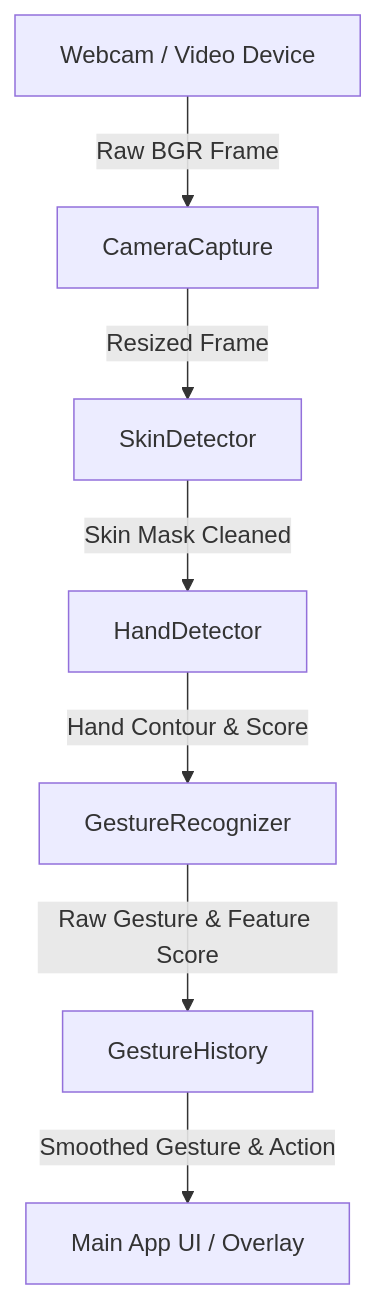
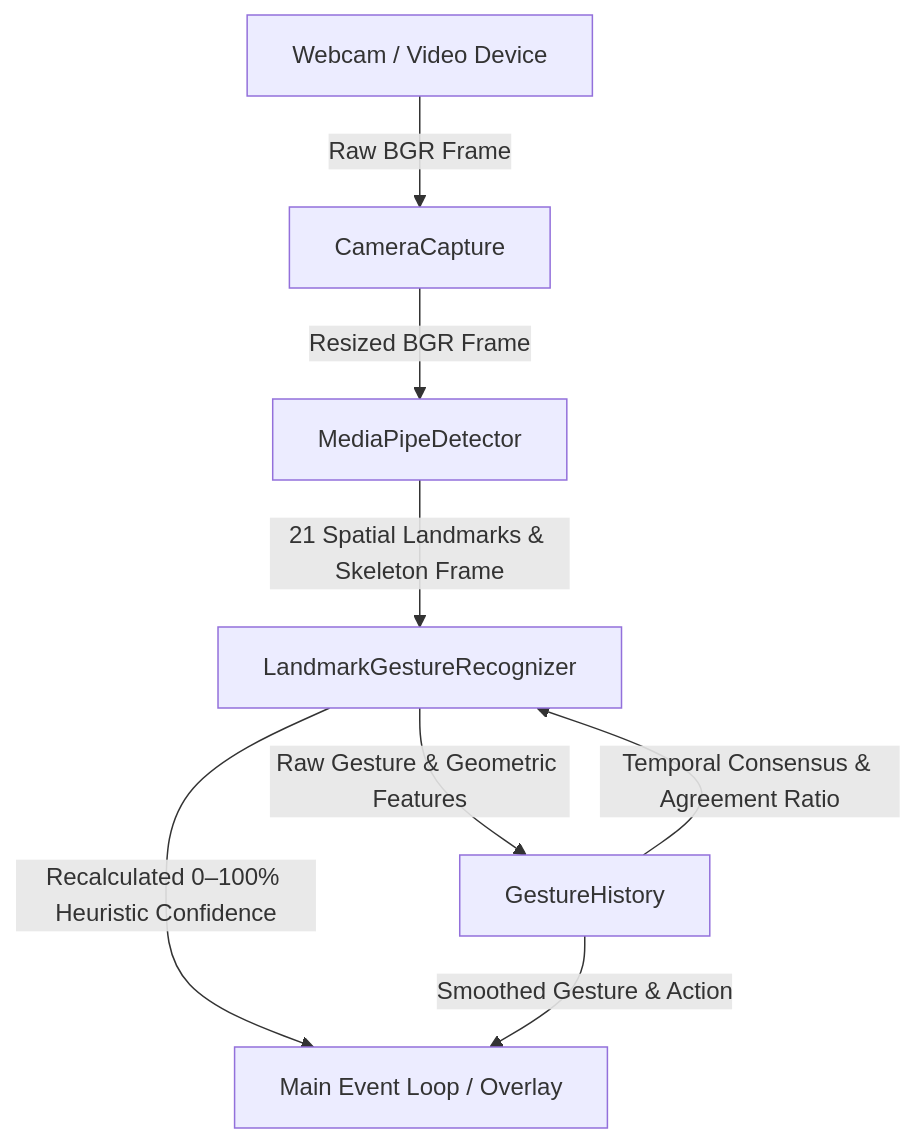
Before and after one commit to prajesh-tech/Hand-Gesture-Recog: the diagram in ARCHITECTURE.md, drawn with Mermaid. The commit also changed other lines of this file and 20 other files, not shown here.

First line of the commit message:
feat: transition HGR to MediaPipe 3D Landmark Tracking (Strategy 1)

````diff
--- a/ARCHITECTURE.md
+++ b/ARCHITECTURE.md
@@ -11,9 +11,10 @@
 ```mermaid
 graph TD
     A[Webcam / Video Device] -->|Raw BGR Frame| B[CameraCapture]
-    B -->|Resized Frame| C[SkinDetector]
-    C -->|Skin Mask Cleaned| D[HandDetector]
-    D -->|Hand Contour & Score| E[GestureRecognizer]
-    E -->|Raw Gesture & Feature Score| F[GestureHistory]
-    F -->|Smoothed Gesture & Action| G[Main App UI / Overlay]
+    B -->|Resized BGR Frame| C[MediaPipeDetector]
+    C -->|21 Spatial Landmarks & Skeleton Frame| D[LandmarkGestureRecognizer]
+    D -->|Raw Gesture & Geometric Features| E[GestureHistory]
+    E -->|Temporal Consensus & Agreement Ratio| D
+    D -->|Recalculated 0–100% Heuristic Confidence| F[Main Event Loop / Overlay]
+    E -->|Smoothed Gesture & Action| F
 ```
````
